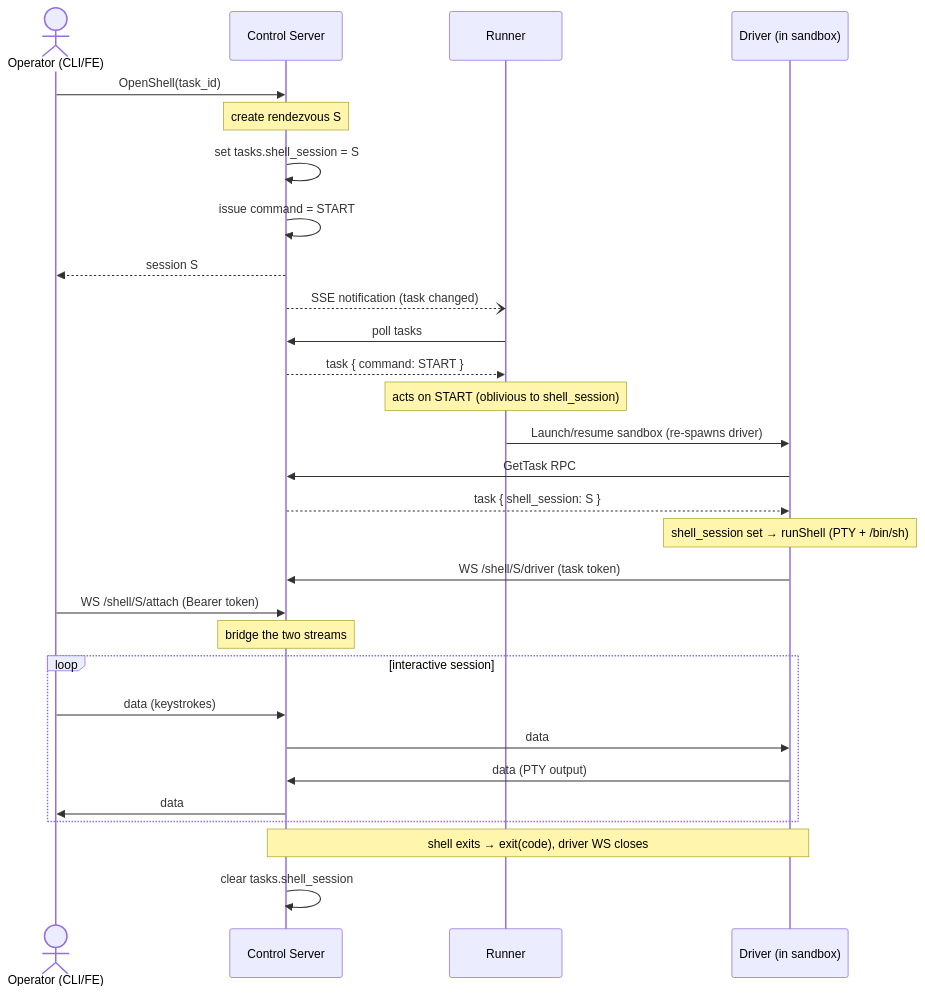
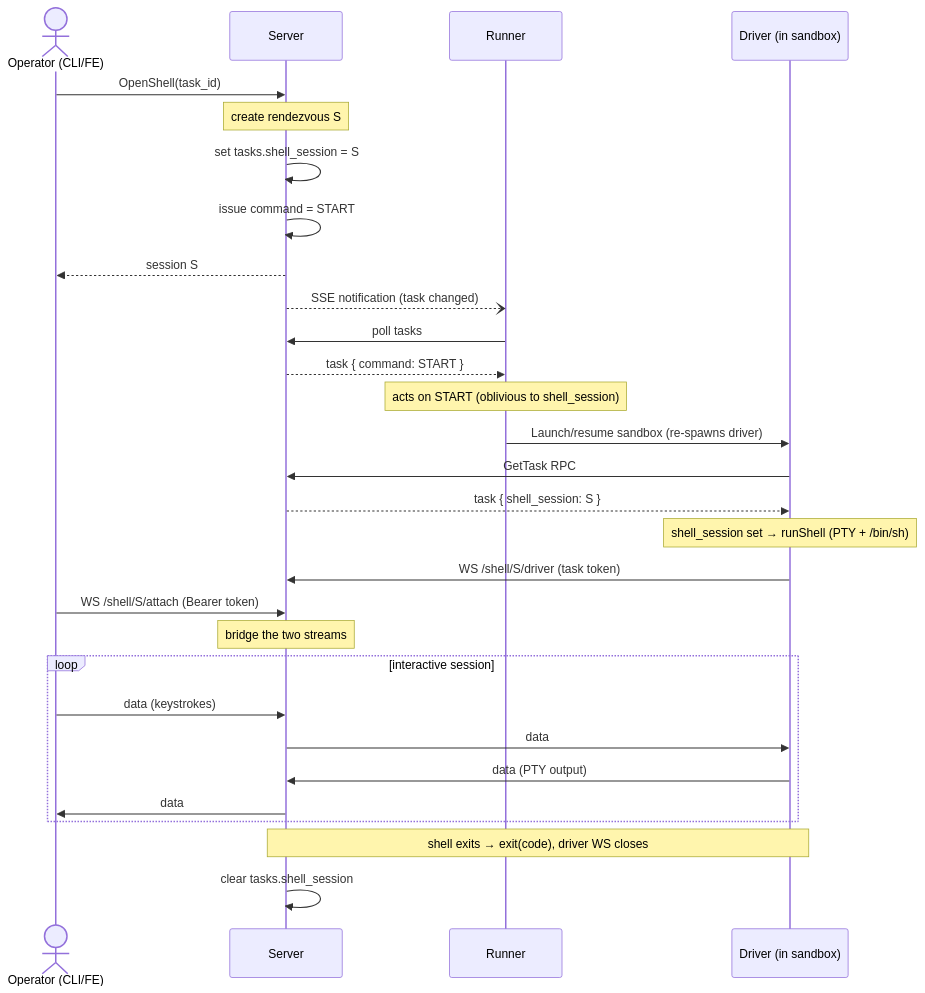
One commit to icholy/xagent changed the diagram in proposals/draft/driver-reverse-shell.md. Above: the diagram before and after it, drawn with Mermaid. The commit also changed other lines of this file and 33 other files, not shown here.

First line of the commit message:
docs: use "server" instead of "control server" and drop botmaster example

````diff
--- a/proposals/draft/driver-reverse-shell.md
+++ b/proposals/draft/driver-reverse-shell.md
@@ -114,37 +114,37 @@
 ```mermaid
 sequenceDiagram
     actor Op as Operator (CLI/FE)
-    participant Server as Control Server
+    participant Server
     participant Runner
     participant Driver as Driver (in sandbox)
 
     Op->>Server: OpenShell(task_id)
     Note over Server: create rendezvous S
     Server->>Server: set tasks.shell_session = S
     Server->>Server: issue command = START
     Server-->>Op: session S
 
     Server--)Runner: SSE notification (task changed)
     Runner->>Server: poll tasks
     Server-->>Runner: task { command: START }
     Note over Runner: acts on START (oblivious to shell_session)
     Runner->>Driver: Launch/resume sandbox (re-spawns driver)
 
     Driver->>Server: GetTask RPC
     Server-->>Driver: task { shell_session: S }
     Note over Driver: shell_session set → runShell (PTY + /bin/sh)
 
     Driver->>Server: WS /shell/S/driver (task token)
     Op->>Server: WS /shell/S/attach (Bearer token)
     Note over Server: bridge the two streams
 
     loop interactive session
         Op->>Server: data (keystrokes)
         Server->>Driver: data
         Driver->>Server: data (PTY output)
         Server->>Op: data
     end
 
     Note over Driver,Server: shell exits → exit(code), driver WS closes
     Server->>Server: clear tasks.shell_session
 ```
````
